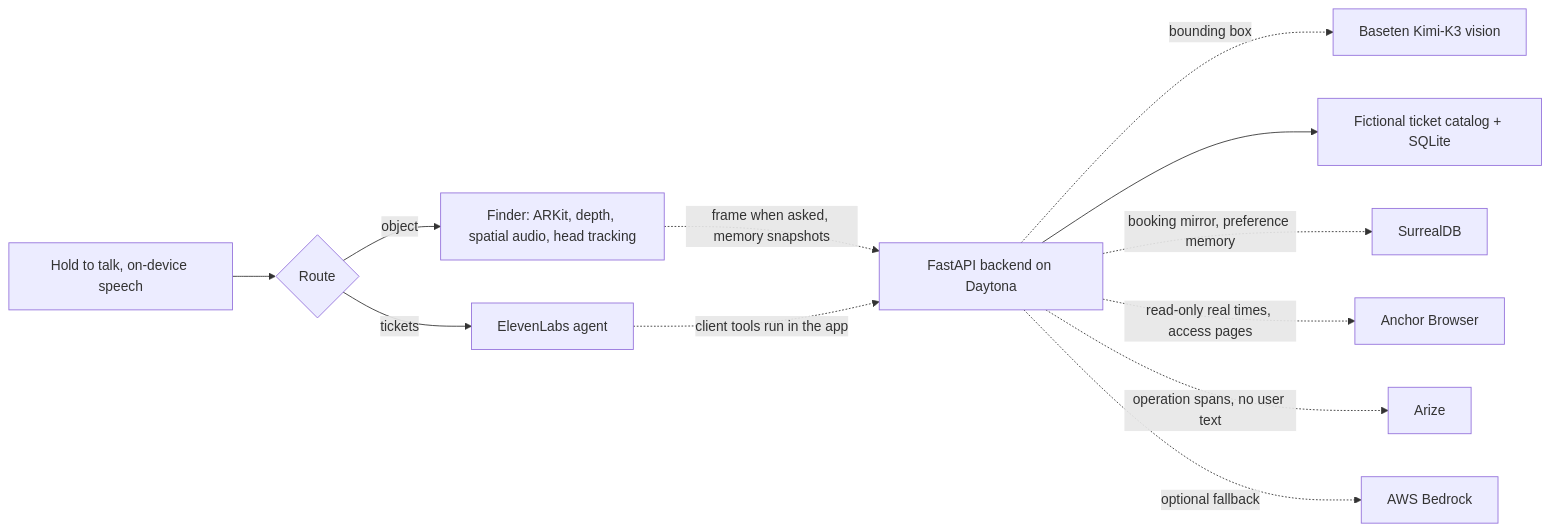
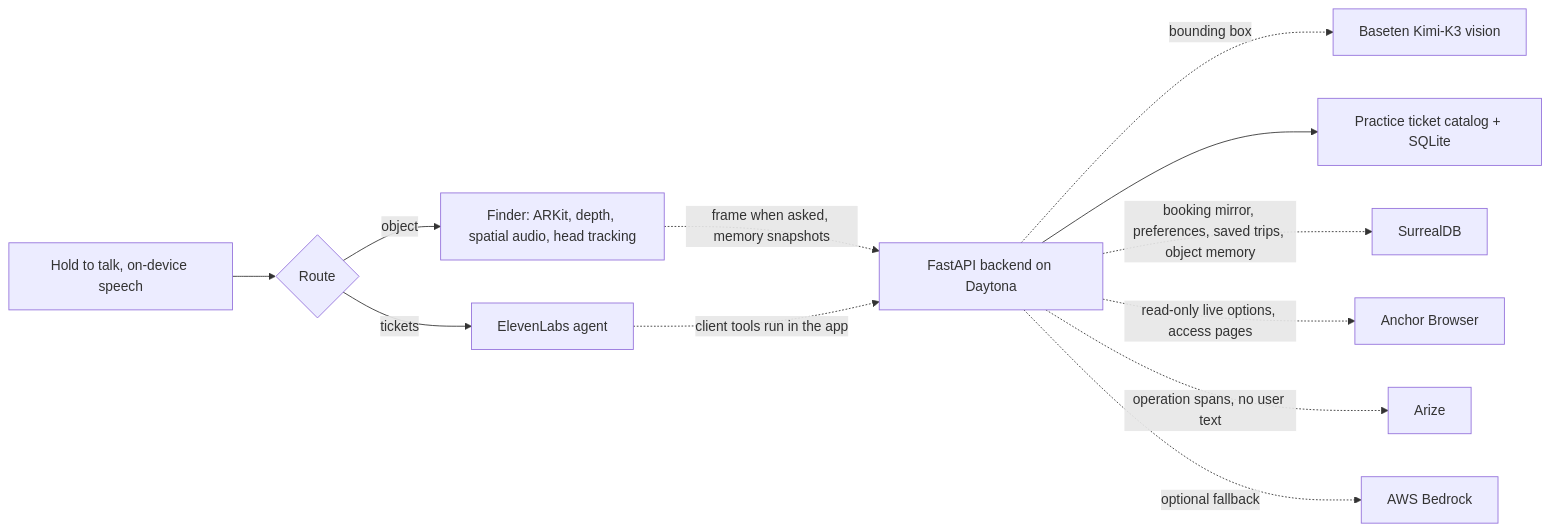
The diagram in docs/ARCHITECTURE.md (7dracoder/Faith), drawn with Mermaid before and after one commit. The commit also changed other lines of this file and 23 other files, not shown here.

First line of the commit message:
feat: live ticket options, saved trips, found chime

````diff
--- a/docs/ARCHITECTURE.md
+++ b/docs/ARCHITECTURE.md
@@ -5,14 +5,14 @@
 ```mermaid
 flowchart LR
     U[Hold to talk, on-device speech] --> R{Route}
     R -- object --> F[Finder: ARKit, depth, spatial audio, head tracking]
     F -. frame when asked, memory snapshots .-> B[FastAPI backend on Daytona]
     B -. bounding box .-> V[Baseten Kimi-K3 vision]
     R -- tickets --> A[ElevenLabs agent]
     A -. client tools run in the app .-> B
-    B --> C[Fictional ticket catalog + SQLite]
-    B -. booking mirror, preference memory .-> S[SurrealDB]
-    B -. read-only real times, access pages .-> N[Anchor Browser]
+    B --> C[Practice ticket catalog + SQLite]
+    B -. booking mirror, preferences, saved trips, object memory .-> S[SurrealDB]
+    B -. read-only live options, access pages .-> N[Anchor Browser]
     B -. operation spans, no user text .-> Z[Arize]
     B -. optional fallback .-> W[AWS Bedrock]
 ```
````
